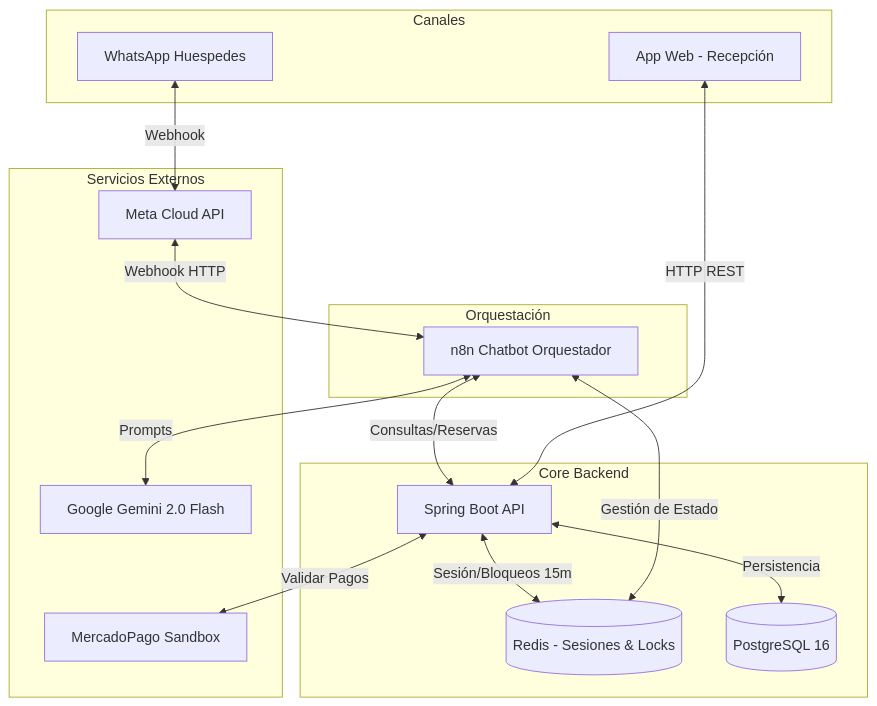
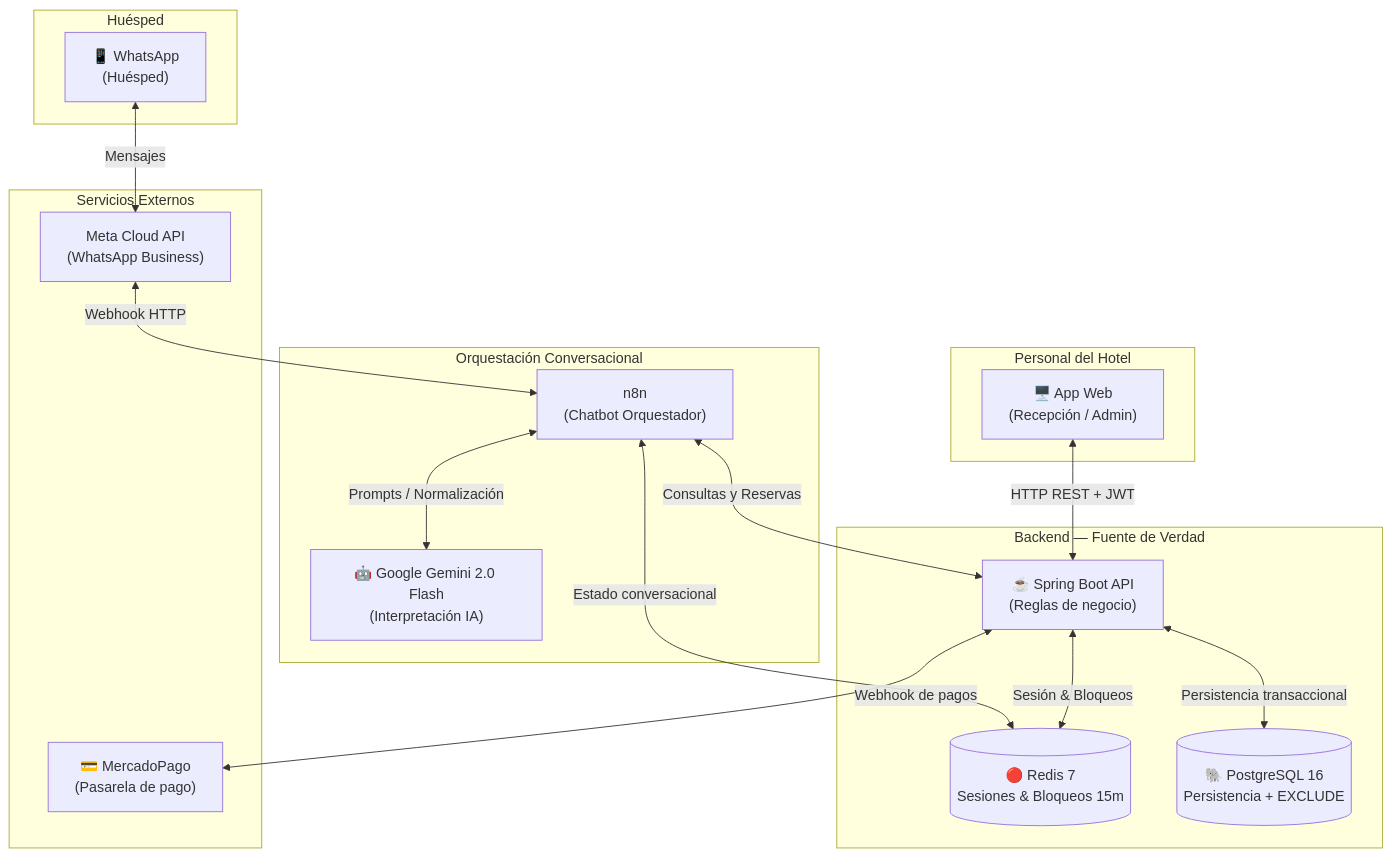
Before and after one commit to JuanJarias/SatoriPMS: the diagram in README.md, drawn with Mermaid. The commit also changed other lines of this file and 2 other files, not shown here.

````diff
--- a/README.md
+++ b/README.md
@@ -7,34 +26,36 @@
 ```mermaid
 flowchart TD
-    subgraph Canales
-        WA[WhatsApp Huespedes]
-        Web[App Web - Recepción]
+    subgraph Huésped
+        WA["📱 WhatsApp\n(Huésped)"]
     end
 
-    subgraph Orquestación
-        N8N[n8n Chatbot Orquestador]
+    subgraph Personal["Personal del Hotel"]
+        Web["🖥️ App Web\n(Recepción / Admin)"]
     end
 
-    subgraph Core Backend
-        API[Spring Boot API]
-        Redis[(Redis - Sesiones & Locks)]
-        DB[(PostgreSQL 16)]
+    subgraph Orquestación["Orquestación Conversacional"]
+        N8N["n8n\n(Chatbot Orquestador)"]
+        Gemini["🤖 Google Gemini 2.0 Flash\n(Interpretación IA)"]
     end
 
-    subgraph Servicios Externos
-        Meta[Meta Cloud API]
-        Gemini[Google Gemini 2.0 Flash]
-        MP[MercadoPago Sandbox]
+    subgraph Core["Backend — Fuente de Verdad"]
+        API["☕ Spring Boot API\n(Reglas de negocio)"]
+        Redis[("🔴 Redis 7\nSesiones & Bloqueos 15m")]
+        DB[("🐘 PostgreSQL 16\nPersistencia + EXCLUDE")]
     end
 
-    WA <-->|Webhook| Meta
-    Meta <-->|Webhook HTTP| N8N
-    N8N <-->|Prompts| Gemini
-    N8N <-->|Consultas/Reservas| API
-    Web <-->|HTTP REST| API
-    
-    API <-->|Sesión/Bloqueos 15m| Redis
-    API <-->|Persistencia| DB
-    N8N <-->|Gestión de Estado| Redis
-    API <-->|Validar Pagos| MP
+    subgraph Externos["Servicios Externos"]
+        Meta["Meta Cloud API\n(WhatsApp Business)"]
+        MP["💳 MercadoPago\n(Pasarela de pago)"]
+    end
+
+    WA <-->|"Mensajes"| Meta
+    Meta <-->|"Webhook HTTP"| N8N
+    N8N <-->|"Prompts / Normalización"| Gemini
+    N8N <-->|"Consultas y Reservas"| API
+    Web <-->|"HTTP REST + JWT"| API
+    API <-->|"Sesión & Bloqueos"| Redis
+    N8N <-->|"Estado conversacional"| Redis
+    API <-->|"Persistencia transaccional"| DB
+    API <-->|"Webhook de pagos"| MP
 ```
````
